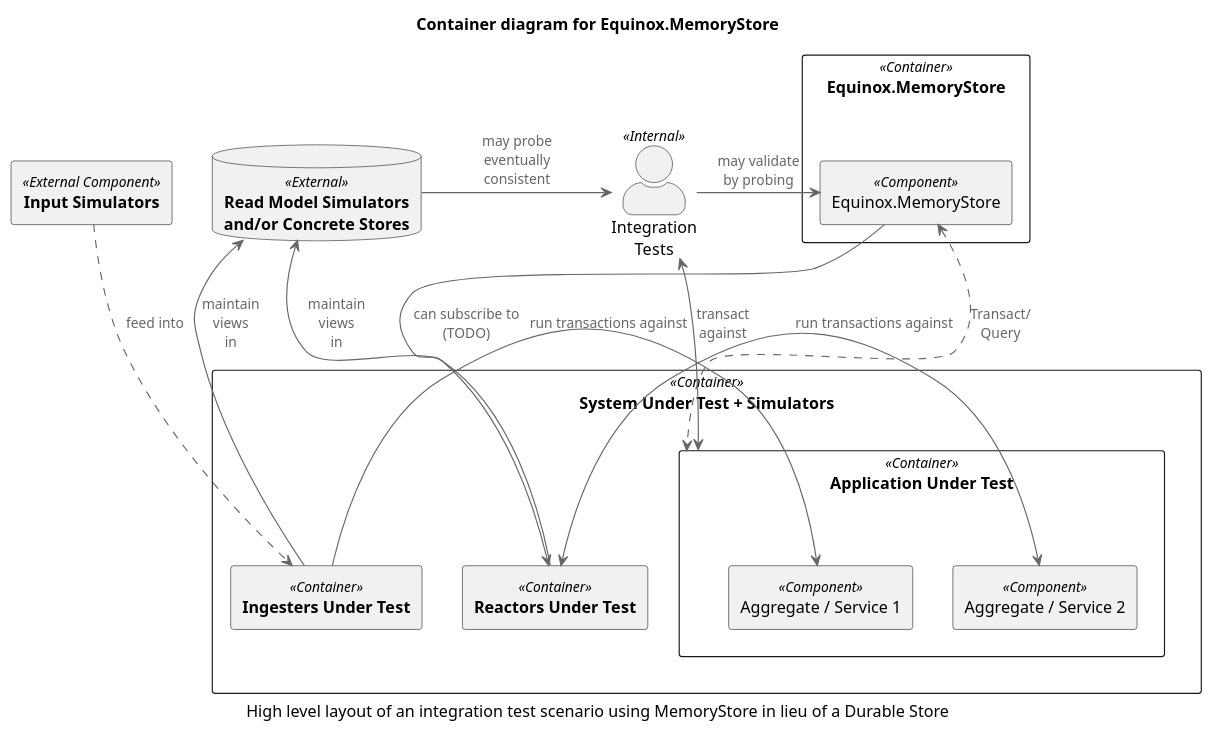
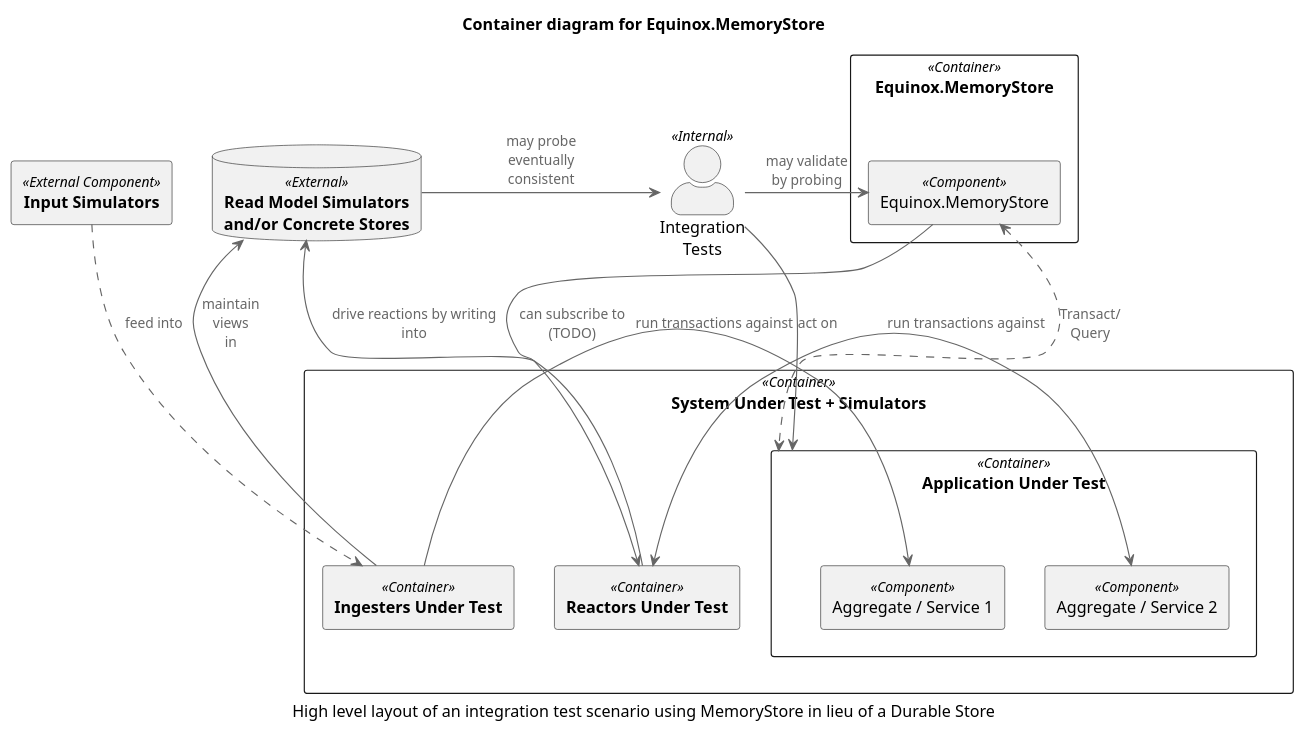
One commit to jet/equinox changed the diagram in diagrams/MemoryStoreContainer.puml. Above: the diagram before and after it, drawn with PlantUML. The commit also changed 5 other files, not shown here.

```diff
--- a/diagrams/MemoryStoreContainer.puml
+++ b/diagrams/MemoryStoreContainer.puml
@@ -1,55 +1,55 @@
 @startuml
 !includeurl https://raw.githubusercontent.com/skleanthous/C4-PlantumlSkin/master/build/output/c4.puml
 
 title Container diagram for Equinox.MemoryStore
 caption High level layout of an integration test scenario using MemoryStore in lieu of a Durable Store
 
 rectangle inputs <<External Component>> [
     **Input Simulators**
 ]
 
 together {
     rectangle "Equinox.MemoryStore" <<Container>> {
         rectangle eqxms <<Component>> [
             Equinox.MemoryStore
         ]
     }
     actor "Integration\nTests" <<Internal>> as tests
     database caches <<External>> [
         **Read Model Simulators**
         **and/or Concrete Stores**
     ]
 }
 
 rectangle "System Under Test + Simulators" <<Container>> {
     rectangle "Application Under Test" <<Container>> as aggregate {
         rectangle aggregate1 <<Component>> [
             Aggregate / Service 1
         ]
         rectangle aggregate2 <<Component>> [
             Aggregate / Service 2
         ]
     }
     rectangle ingesters <<Container>> [
         **Ingesters Under Test**
     ]
     rectangle reactors <<Container>> [
         **Reactors Under Test**
     ]
 }
 
-tests     <-D->  aggregate  : transact\nagainst
+tests      -D->  aggregate  : act on
 tests     <-     caches     : may probe\neventually\nconsistent
 tests       -L-> eqxms      : may validate\nby probing
 
 aggregate <.L.>  eqxms      : Transact/\nQuery
 
 ingesters  ->    aggregate1 : run transactions against
 ingesters  -U->  caches     : maintain\nviews\nin
 ingesters <.U.   inputs     : feed into
 
 reactors  <-     eqxms      : can subscribe to\n(TODO)
 reactors  <->    aggregate2 : run transactions against
-reactors  -U->   caches     : maintain\nviews\nin
+reactors  -U->   caches     : drive reactions by writing into
 
 @enduml
```
